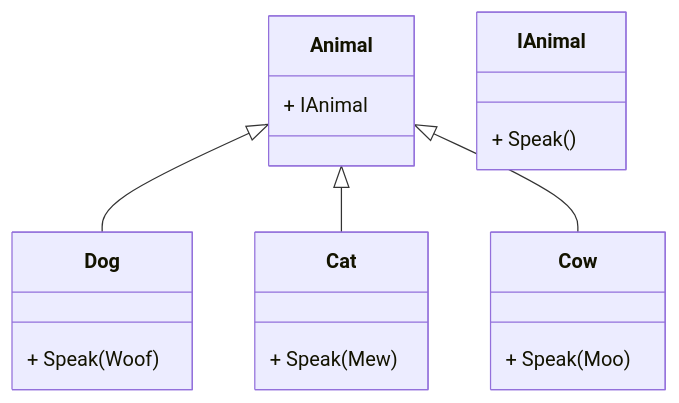
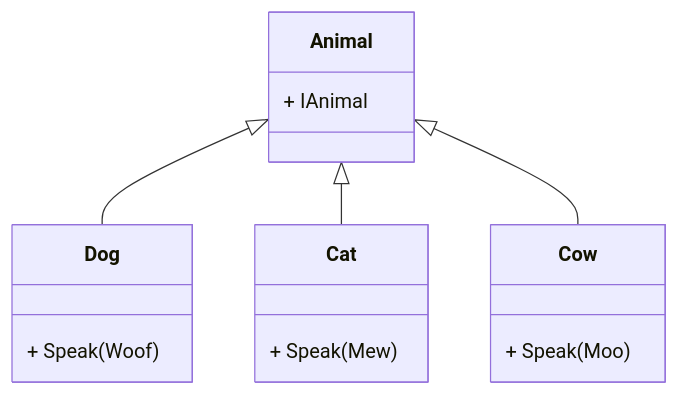
Before and after one commit to TGabinW/CW6: the diagram in README.md, drawn with Mermaid.

````diff
--- a/README.md
+++ b/README.md
@@ -3,17 +3,16 @@
 ```mermaid
 classDiagram
     Animal <|-- Dog
     Animal <|-- Cat
     Animal <|-- Cow
     Animal: + IAnimal
-    IAnimal: + Speak()
     class Dog{
         +  Speak(Woof)
     }
     class Cat{
         + Speak(Mew)
     }
     class Cow{
         + Speak(Moo)
     }
 ```
````
